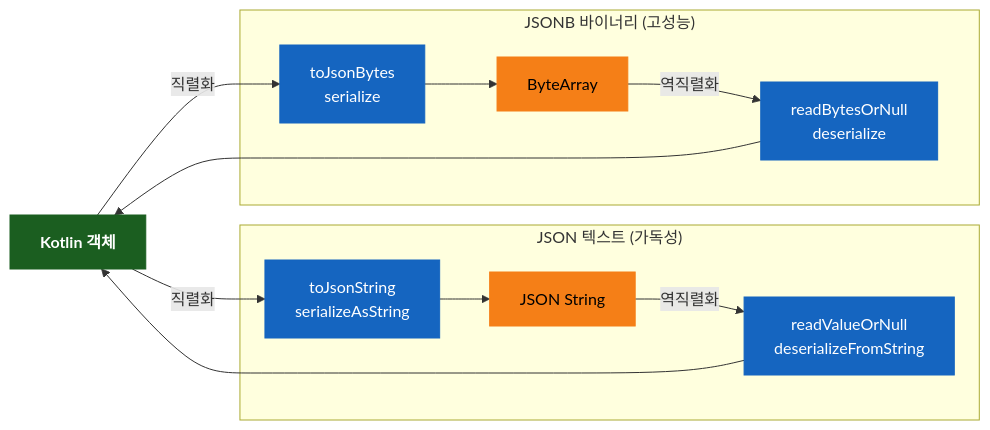
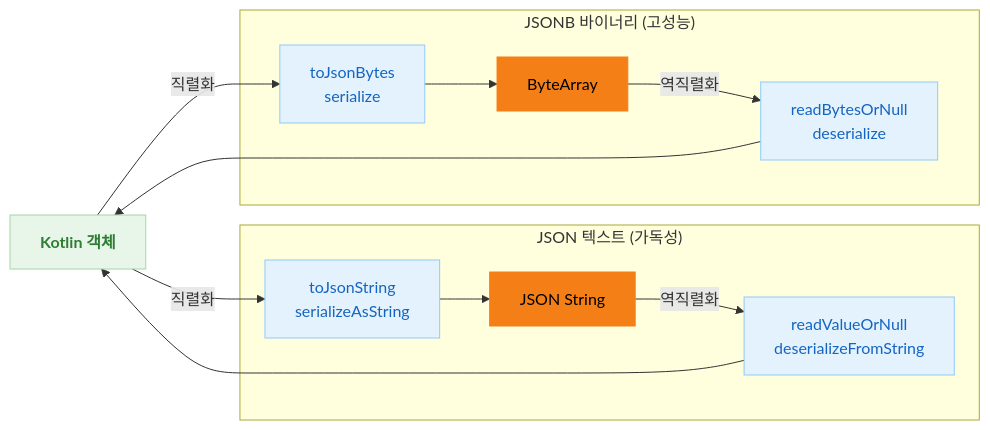
One commit to bluetape4k/bluetape4k-projects changed the second of 2 diagrams in io/fastjson2/README.ko.md. Above: the diagram before and after it, drawn with Mermaid. The commit also changed other lines of this file and 219 other files, not shown here.

First line of the commit message:
docs: 전체 README Mermaid 다이어그램 가이드 적용

````diff
--- a/io/fastjson2/README.ko.md
+++ b/io/fastjson2/README.ko.md
@@ -187,31 +187,31 @@
 ```mermaid
 flowchart LR
     OBJ[Kotlin 객체]
 
     subgraph JSON["JSON 텍스트 (가독성)"]
         JS[toJsonString<br/>serializeAsString]
         JD[readValueOrNull<br/>deserializeFromString]
         JSTR[JSON String]
     end
 
     subgraph JSONB["JSONB 바이너리 (고성능)"]
         BS[toJsonBytes<br/>serialize]
         BD[readBytesOrNull<br/>deserialize]
         BARR[ByteArray]
     end
 
     OBJ -->|직렬화| JS --> JSTR
     JSTR -->|역직렬화| JD --> OBJ
 
     OBJ -->|직렬화| BS --> BARR
     BARR -->|역직렬화| BD --> OBJ
 
-    classDef coreStyle fill:#1B5E20,stroke:#1B5E20,color:#FFFFFF,font-weight:bold
-    classDef serviceStyle fill:#1565C0,stroke:#1565C0,color:#FFFFFF
+    classDef coreStyle fill:#E8F5E9,stroke:#A5D6A7,color:#2E7D32,font-weight:bold
+    classDef serviceStyle fill:#E3F2FD,stroke:#90CAF9,color:#1565C0
     classDef dataStyle fill:#F57F17,stroke:#F57F17,color:#000000
 
     class OBJ coreStyle
     class JS,JD serviceStyle
     class BS,BD serviceStyle
     class JSTR,BARR dataStyle
 ```
````
